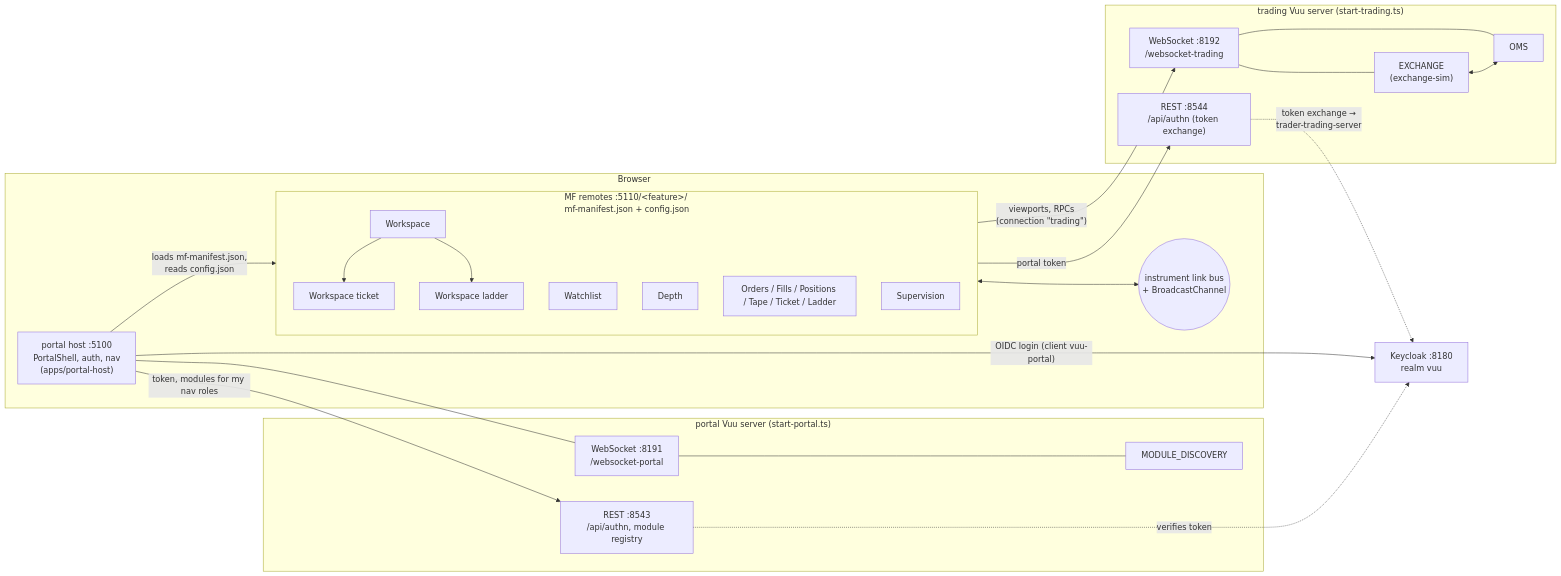
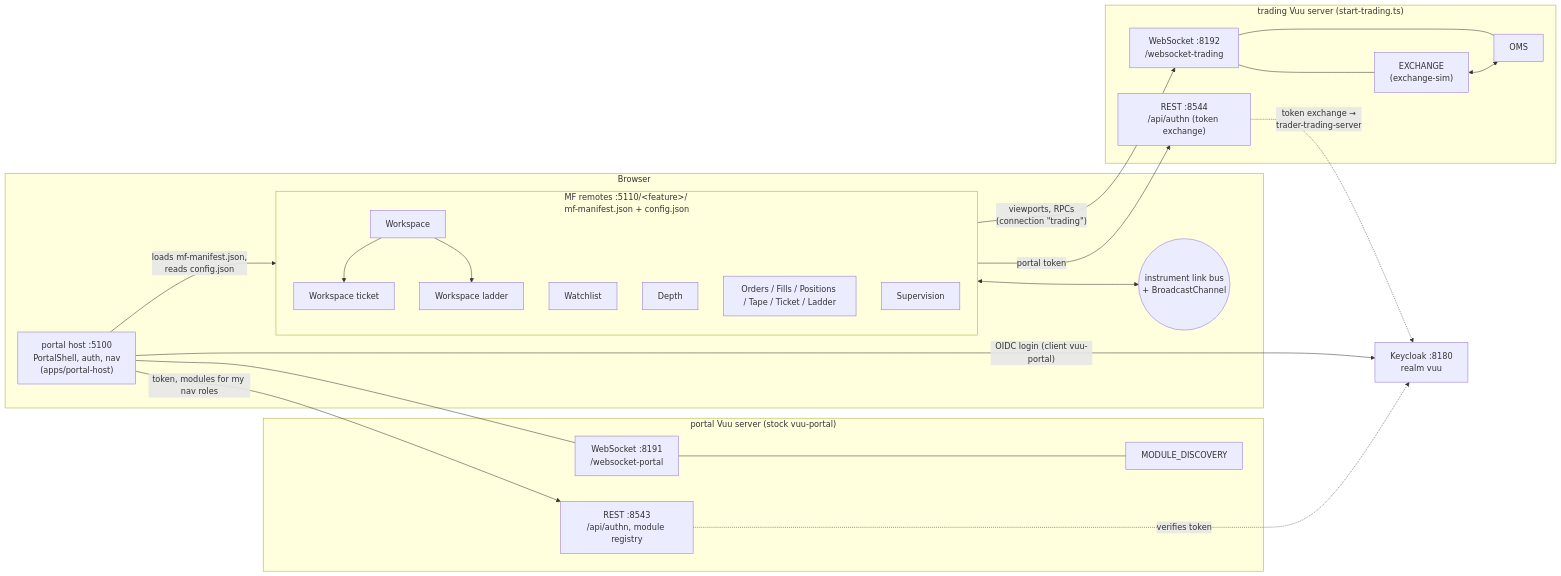
Before and after one commit to heswell/trader: the diagram in docs/portal-integration.md, drawn with Mermaid. The commit also changed other lines of this file and 25 other files, not shown here.

````diff
--- a/docs/portal-integration.md
+++ b/docs/portal-integration.md
@@ -15,39 +15,39 @@
 ```mermaid
 flowchart LR
   subgraph Browser
     Host["portal host :5100<br/>PortalShell, auth, nav<br/>(apps/portal-host)"]
     subgraph Remotes["MF remotes :5110/&lt;feature&gt;/<br/>mf-manifest.json + config.json"]
       WS[Workspace] --> WT[Workspace ticket]
       WS --> WL[Workspace ladder]
       W[Watchlist]
       D[Depth]
       O[Orders / Fills / Positions / Tape / Ticket / Ladder]
       SV[Supervision]
     end
     Host -- "loads mf-manifest.json,<br/>reads config.json" --> Remotes
     Bus(("instrument link bus<br/>+ BroadcastChannel"))
     Remotes <--> Bus
   end
   KC["Keycloak :8180<br/>realm vuu"]
-  subgraph Portal["portal Vuu server (start-portal.ts)"]
+  subgraph Portal["portal Vuu server (stock vuu-portal)"]
     REST["REST :8543<br/>/api/authn, module registry"]
     WSS["WebSocket :8191<br/>/websocket-portal"]
     MD[MODULE_DISCOVERY]
   end
   subgraph Trading["trading Vuu server (start-trading.ts)"]
     TREST["REST :8544<br/>/api/authn (token exchange)"]
     TWSS["WebSocket :8192<br/>/websocket-trading"]
     EX["EXCHANGE<br/>(exchange-sim)"]
     OMS[OMS]
   end
   Host -- "OIDC login (client vuu-portal)" --> KC
   Host -- "token, modules for my nav roles" --> REST
   Host --- WSS
   WSS --- MD
   Remotes -- "portal token" --> TREST
   TREST -. "token exchange →<br/>trader-trading-server" .-> KC
   Remotes -- "viewports, RPCs<br/>(connection &quot;trading&quot;)" --> TWSS
   REST -. "verifies token" .-> KC
   TWSS --- EX & OMS
   EX <--> OMS
 ```
````
